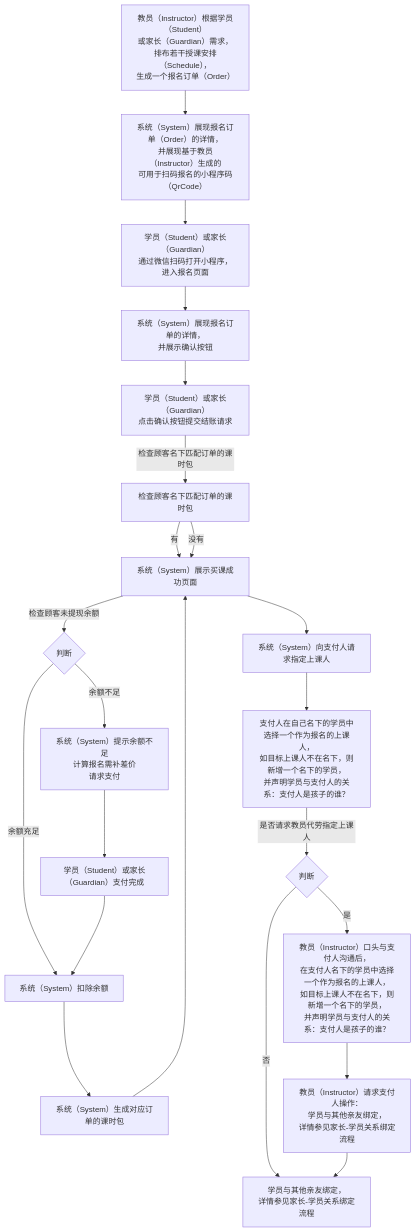
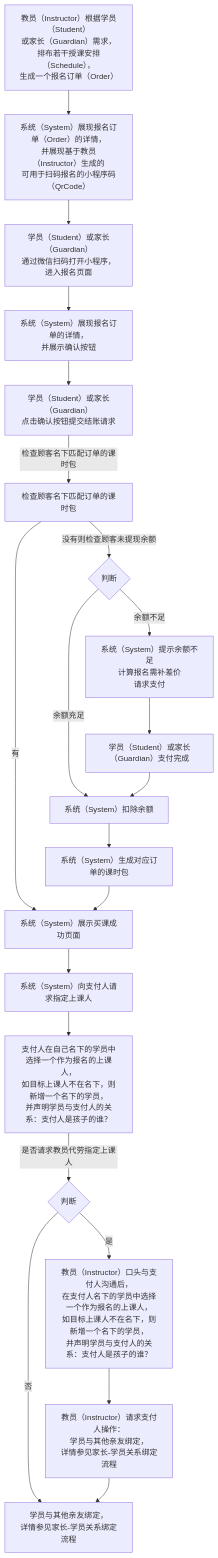
The diagram in 用例/报名.md (world-wide-web/sign), drawn with Mermaid before and after one commit. The commit also changed other lines of this file, not shown here.

Commit message:
用例/报名.md updated from https://stackedit.io/

````diff
--- a/用例/报名.md
+++ b/用例/报名.md
@@ -7,59 +7,58 @@
 ```mermaid
 graph TD
 
 生成报名订单-->生成报名码
 生成报名码-->扫码报名
 扫码报名-->展现报名订单
 展现报名订单-->确认并提交结账请求
 确认并提交结账请求--检查顾客名下匹配订单的课时包-->检查顾客名下匹配订单的课时包
 检查顾客名下匹配订单的课时包--有-->提示买课成功
-检查顾客名下匹配订单的课时包--没有-->提示买课成功
---检查顾客未提现余额-->检查顾客未提现余额
+检查顾客名下匹配订单的课时包--没有则检查顾客未提现余额-->检查顾客未提现余额
 检查顾客未提现余额--余额充足-->扣除余额
 检查顾客未提现余额--余额不足-->请求支付
 请求支付-->支付完成
 支付完成-->扣除余额
 扣除余额-->生成课时包
 生成课时包-->提示买课成功
 提示买课成功-->请求身份声明
 请求身份声明-->指定上课人
 指定上课人--是否请求教员代劳指定上课人-->是否请求教员代劳指定上课人
 是否请求教员代劳指定上课人--是-->教员代理身份声明
 是否请求教员代劳指定上课人--否-->学员与其他家长绑定
 教员代理身份声明-->请求绑定学员与其他家长
 请求绑定学员与其他家长-->学员与其他家长绑定
 
 生成报名订单["<center>教员（Instructor）根据学员（Student）<br>或家长（Guardian）需求，<br>排布若干授课安排（Schedule），<br>生成一个报名订单（Order）</center>"]
 
 生成报名码["<center>系统（System）展现报名订单（Order）的详情，<br>并展现基于教员（Instructor）生成的<br>可用于扫码报名的小程序码（QrCode）</center>"]
 
 扫码报名["<center>学员（Student）或家长（Guardian）<br>通过微信扫码打开小程序，进入报名页面</center>"]
 
 展现报名订单["<center>系统（System）展现报名订单的详情，<br>并展示确认按钮</center>"]
 
 确认并提交结账请求["<center>学员（Student）或家长（Guardian）<br>点击确认按钮提交结账请求</center>"]
 
 检查顾客未提现余额{判断}
 
 请求支付["<center>系统（System）提示余额不足<br>计算报名需补差价<br>请求支付</center>"]
 
 支付完成["<center>学员（Student）或家长（Guardian）支付完成</center>"]
 
 扣除余额["<center>系统（System）扣除余额</center>"]
 
 生成课时包["<center>系统（System）生成对应订单的课时包</center>"]
 
 提示买课成功["<center>系统（System）展示买课成功页面</center>"]
 
 请求身份声明["<center>系统（System）向支付人请求指定上课人</center>"]
 
 指定上课人["<center>支付人在自己名下的学员中选择一个作为报名的上课人，<br>如目标上课人不在名下，则新增一个名下的学员，<br>并声明学员与支付人的关系：支付人是孩子的谁？</center>"]
 
 是否请求教员代劳指定上课人{判断}
 
 教员代理身份声明["<center>教员（Instructor）口头与支付人沟通后，<br>在支付人名下的学员中选择一个作为报名的上课人，<br>如目标上课人不在名下，则新增一个名下的学员，<br>并声明学员与支付人的关系：支付人是孩子的谁？</center>"]
 
 请求绑定学员与其他家长["<center>教员（Instructor）请求支付人操作：<br>学员与其他亲友绑定，<br>详情参见家长-学员关系绑定流程</center>"]
 
 学员与其他家长绑定["<center>学员与其他亲友绑定，<br>详情参见家长-学员关系绑定流程</center>"]
 ```
````
